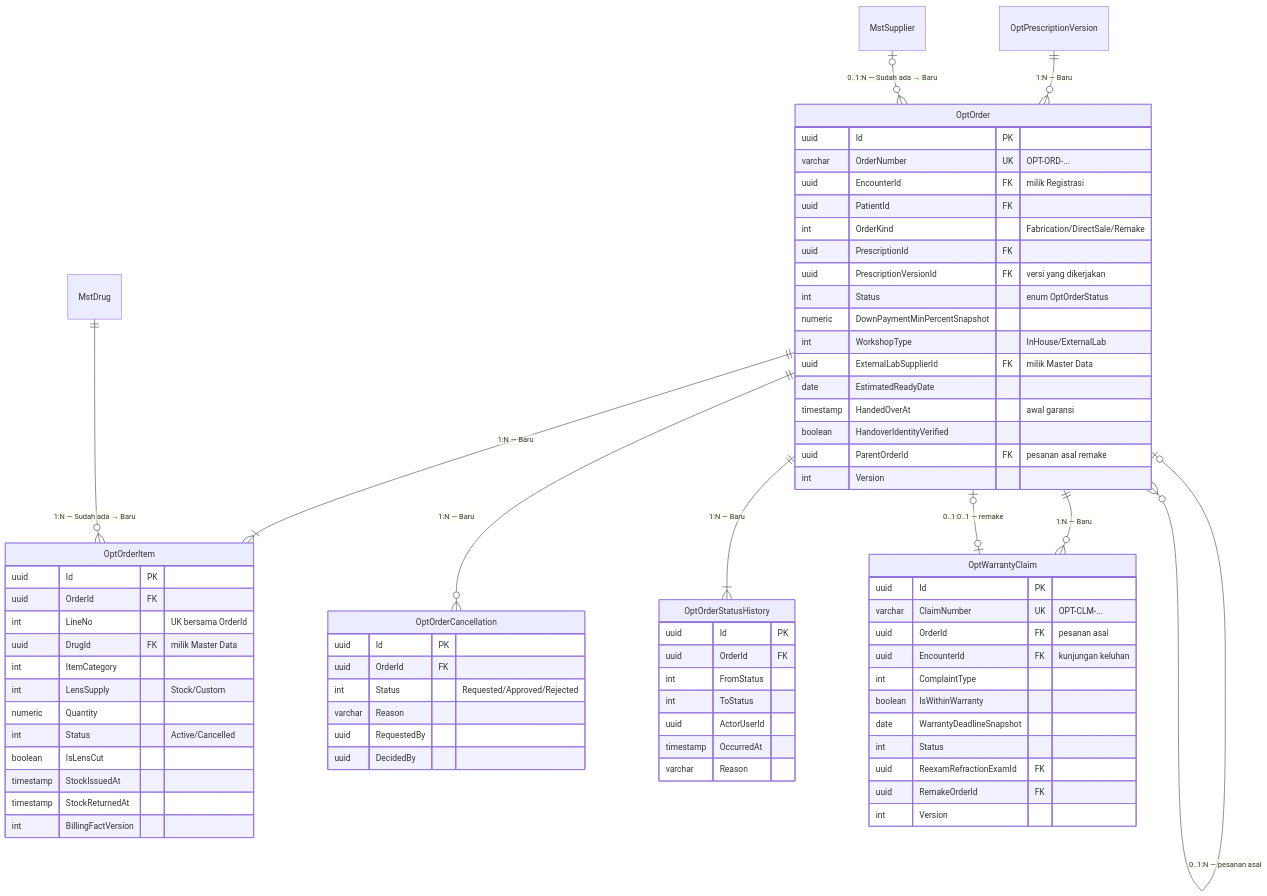
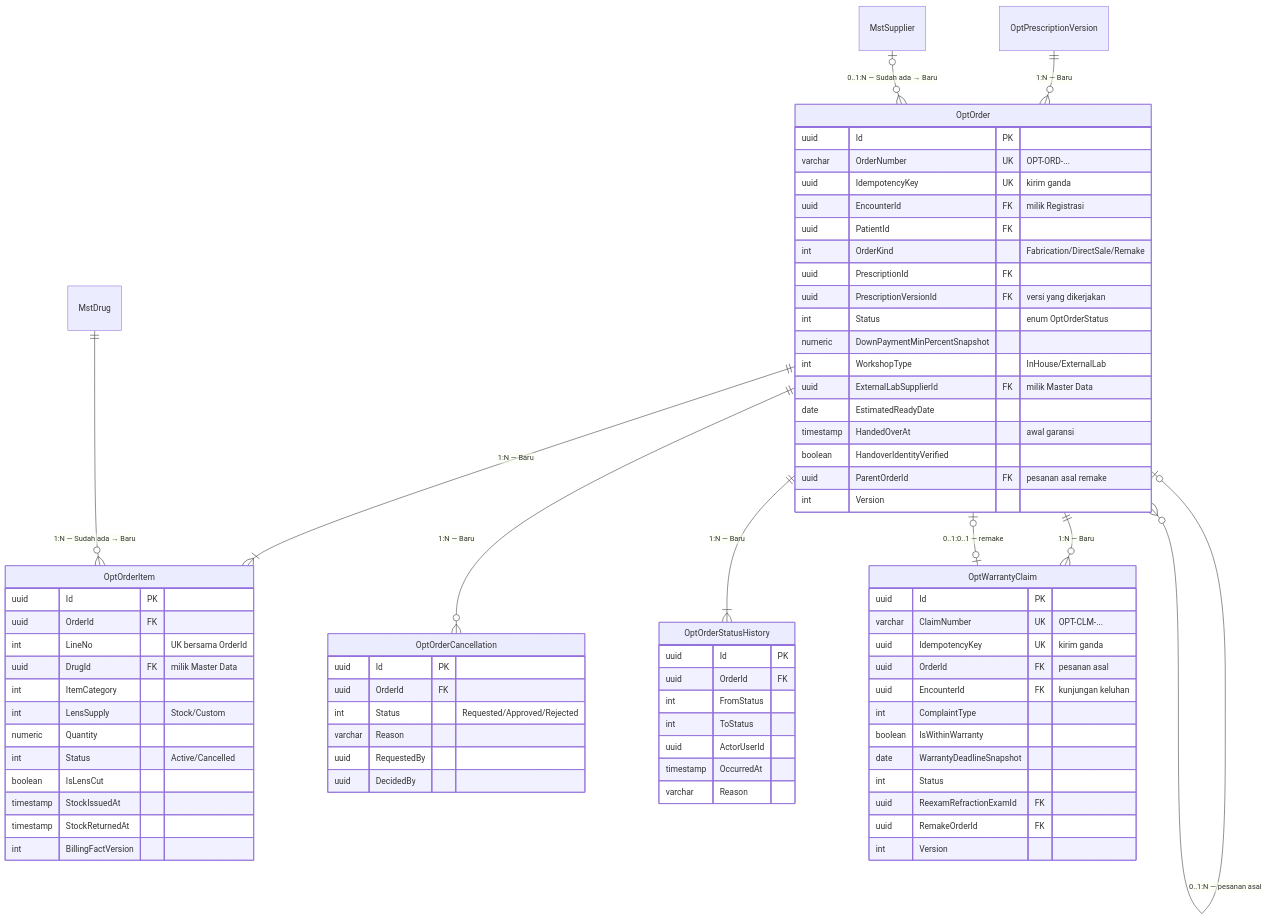
Before and after one commit to DevBenari/NewQuilvianSystemBackend: the diagram in docs/module-blueprints/optik/erd/optical-order.md, drawn with Mermaid. The commit also changed other lines of this file and 50 other files, not shown here.

````diff
--- a/docs/module-blueprints/optik/erd/optical-order.md
+++ b/docs/module-blueprints/optik/erd/optical-order.md
@@ -9,74 +9,76 @@
 ```mermaid
 erDiagram
     OptOrder {
         uuid Id PK
         varchar OrderNumber UK "OPT-ORD-..."
+        uuid IdempotencyKey UK "kirim ganda"
         uuid EncounterId FK "milik Registrasi"
         uuid PatientId FK
         int OrderKind "Fabrication/DirectSale/Remake"
         uuid PrescriptionId FK
         uuid PrescriptionVersionId FK "versi yang dikerjakan"
         int Status "enum OptOrderStatus"
         numeric DownPaymentMinPercentSnapshot
         int WorkshopType "InHouse/ExternalLab"
         uuid ExternalLabSupplierId FK "milik Master Data"
         date EstimatedReadyDate
         timestamp HandedOverAt "awal garansi"
         boolean HandoverIdentityVerified
         uuid ParentOrderId FK "pesanan asal remake"
         int Version
     }
     OptOrderItem {
         uuid Id PK
         uuid OrderId FK
         int LineNo "UK bersama OrderId"
         uuid DrugId FK "milik Master Data"
         int ItemCategory
         int LensSupply "Stock/Custom"
         numeric Quantity
         int Status "Active/Cancelled"
         boolean IsLensCut
         timestamp StockIssuedAt
         timestamp StockReturnedAt
         int BillingFactVersion
     }
     OptOrderCancellation {
         uuid Id PK
         uuid OrderId FK
         int Status "Requested/Approved/Rejected"
         varchar Reason
         uuid RequestedBy
         uuid DecidedBy
     }
     OptOrderStatusHistory {
         uuid Id PK
         uuid OrderId FK
         int FromStatus
         int ToStatus
         uuid ActorUserId
         timestamp OccurredAt
         varchar Reason
     }
     OptWarrantyClaim {
         uuid Id PK
         varchar ClaimNumber UK "OPT-CLM-..."
+        uuid IdempotencyKey UK "kirim ganda"
         uuid OrderId FK "pesanan asal"
         uuid EncounterId FK "kunjungan keluhan"
         int ComplaintType
         boolean IsWithinWarranty
         date WarrantyDeadlineSnapshot
         int Status
         uuid ReexamRefractionExamId FK
         uuid RemakeOrderId FK
         int Version
     }
     OptOrder ||--|{ OptOrderItem : "1:N — Baru"
     OptOrder ||--o{ OptOrderCancellation : "1:N — Baru"
     OptOrder ||--|{ OptOrderStatusHistory : "1:N — Baru"
     OptOrder ||--o{ OptWarrantyClaim : "1:N — Baru"
     OptWarrantyClaim |o--o| OptOrder : "0..1:0..1 — remake"
     OptOrder |o--o{ OptOrder : "0..1:N — pesanan asal"
     OptPrescriptionVersion ||--o{ OptOrder : "1:N — Baru"
     MstDrug ||--o{ OptOrderItem : "1:N — Sudah ada → Baru"
     MstSupplier |o--o{ OptOrder : "0..1:N — Sudah ada → Baru"
 ```
````
